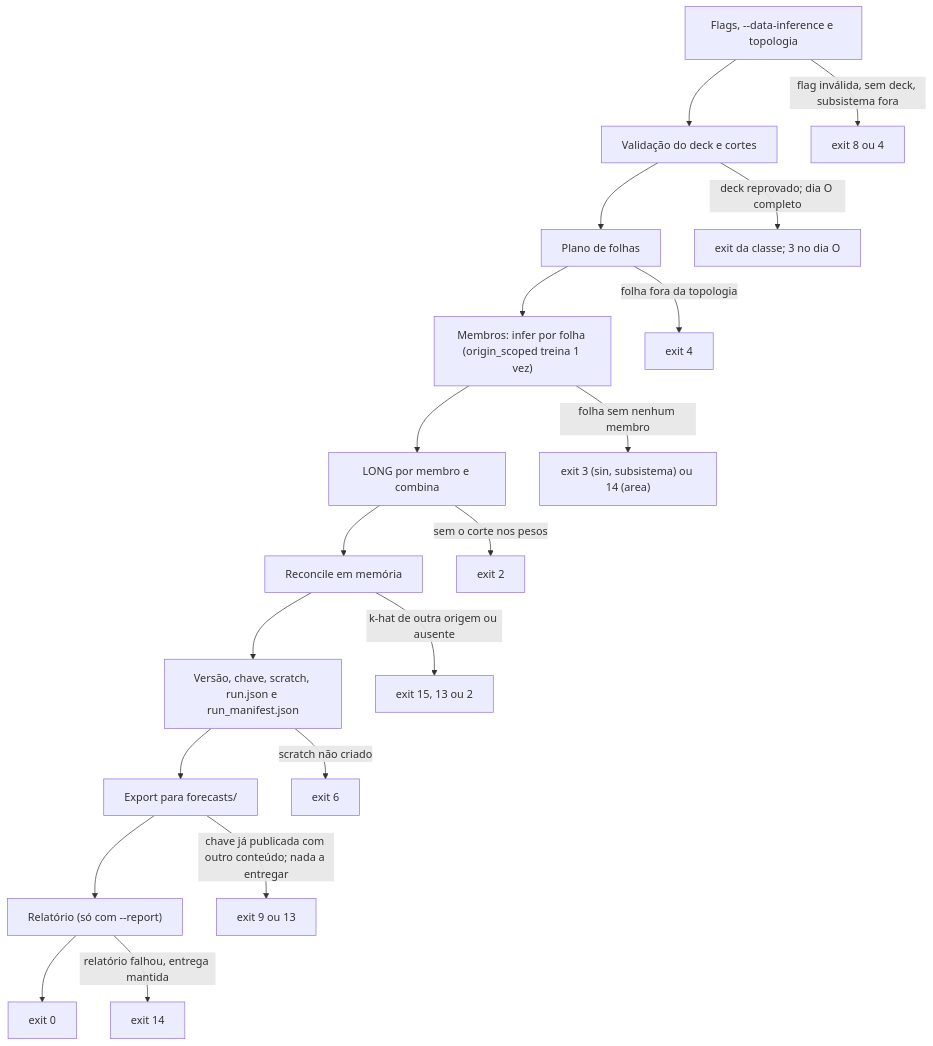
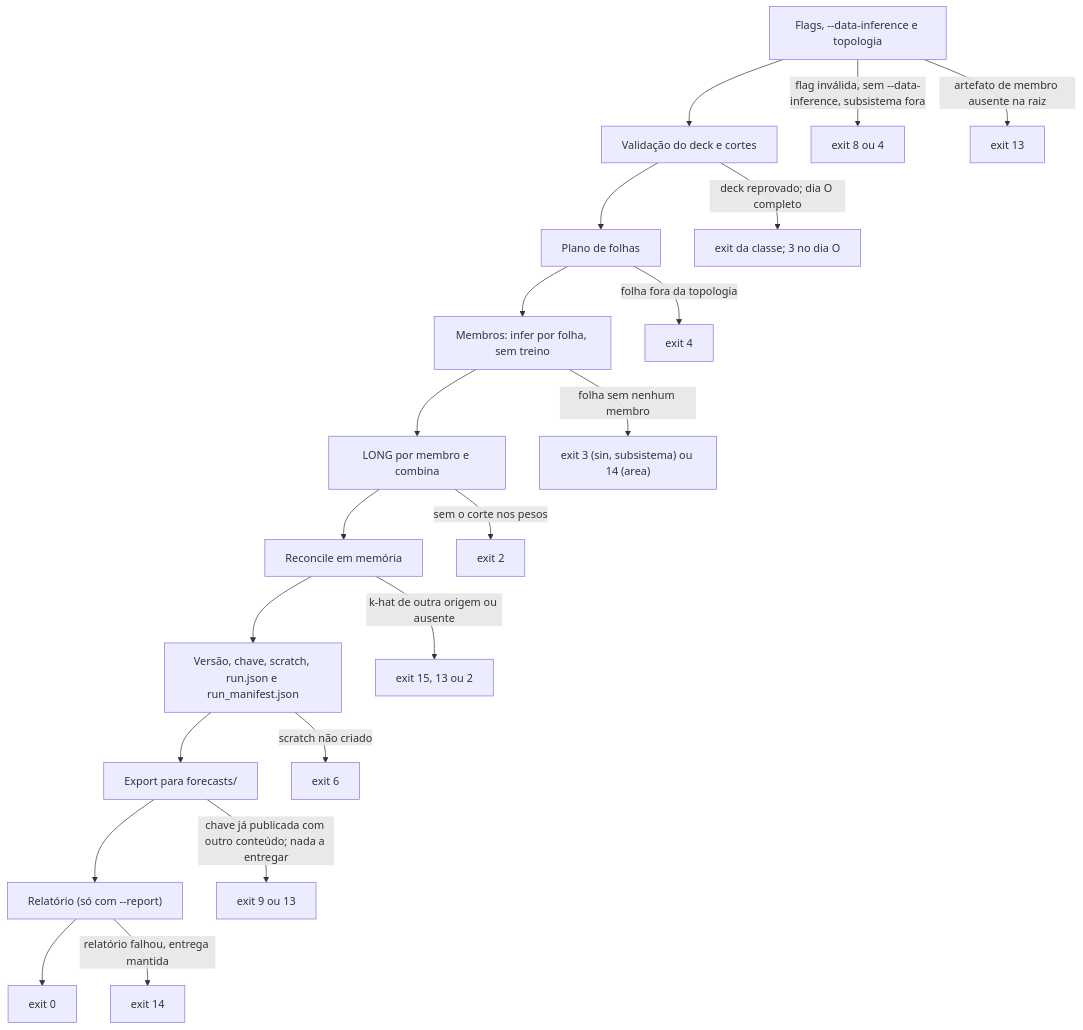
Before and after one commit to ONSBR/prevcarga: the second of 2 diagrams in website/docs/execucao/08-rodada-diaria.mdx, drawn with Mermaid. The commit also changed other lines of this file and 1 other file, not shown here.

Commit message:
docs(site): reescrita da pagina da rodada diaria (so infere, ordem treino -> rodada) e regra de conteudo no check-terms

````diff
--- a/website/docs/execucao/08-rodada-diaria.mdx
+++ b/website/docs/execucao/08-rodada-diaria.mdx
@@ -130,21 +167,22 @@
 ```mermaid
 flowchart TB
   F["Flags, --data-inference e topologia"]:::fundacao --> G["Validação do deck e cortes"]:::corte
   G --> P["Plano de folhas"]:::fundacao
-  P --> M["Membros: infer por folha (origin_scoped treina 1 vez)"]:::plugin
+  P --> M["Membros: infer por folha, sem treino"]:::plugin
   M --> C["LONG por membro e combina"]:::fundacao
   C --> R["Reconcile em memória"]:::fundacao
   R --> K["Versão, chave, scratch, run.json e run_manifest.json"]:::fundacao
   K --> E["Export para forecasts/"]:::fundacao
   E --> Q["Relatório (só com --report)"]:::fundacao
   Q --> OK["exit 0"]
-  F -->|"flag inválida, sem deck, subsistema fora"| X8["exit 8 ou 4"]:::erro
+  F -->|"flag inválida, sem --data-inference, subsistema fora"| X8["exit 8 ou 4"]:::erro
+  F -->|"artefato de membro ausente na raiz"| X13a["exit 13"]:::erro
   G -->|"deck reprovado; dia O completo"| X3["exit da classe; 3 no dia O"]:::erro
   P -->|"folha fora da topologia"| X4["exit 4"]:::erro
   M -->|"folha sem nenhum membro"| X3b["exit 3 (sin, subsistema) ou 14 (area)"]:::erro
   C -->|"sem o corte nos pesos"| X13b["exit 2"]:::erro
   R -->|"k-hat de outra origem ou ausente"| X15["exit 15, 13 ou 2"]:::erro
   K -->|"scratch não criado"| X6["exit 6"]:::erro
   E -->|"chave já publicada com outro conteúdo; nada a entregar"| X9["exit 9 ou 13"]:::erro
   Q -->|"relatório falhou, entrega mantida"| X14["exit 14"]:::erro
 ```
````
